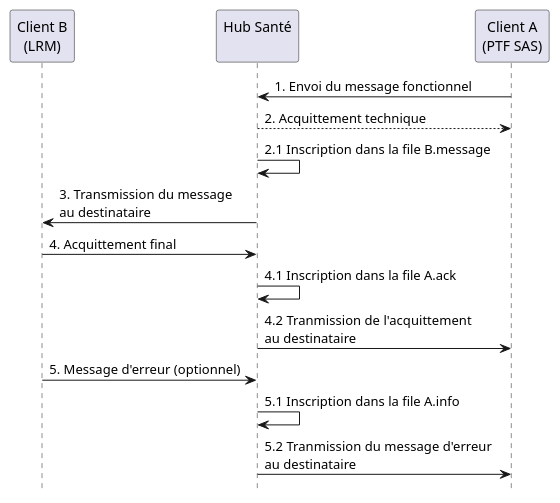
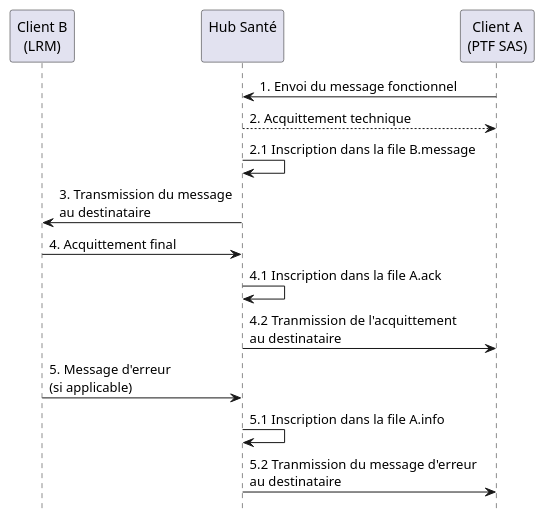
One commit to ansforge/IG-fhir-service-acces-aux-soins changed the diagram in input/images-source/diagramme_sequence_hub_detaille.plantuml. Above: the diagram before and after it, drawn with PlantUML. The commit also changed 3 other files, not shown here.

```diff
--- a/input/images-source/diagramme_sequence_hub_detaille.plantuml
+++ b/input/images-source/diagramme_sequence_hub_detaille.plantuml
@@ -3,20 +3,20 @@
 @startuml
 
 hide footbox
 
 participant "Client B\n(LRM)" as LRM
 participant "Hub Santé\n" as Hub
 participant "Client A\n(PTF SAS)" as PTF
 
 PTF -> Hub : 1. Envoi du message fonctionnel
 Hub --> PTF : 2. Acquittement technique
 Hub -> Hub : 2.1 Inscription dans la file B.message
 Hub -> LRM : 3. Transmission du message \nau destinataire
 LRM -> Hub : 4. Acquittement final
 Hub -> Hub : 4.1 Inscription dans la file A.ack
 Hub -> PTF : 4.2 Tranmission de l'acquittement \nau destinataire
-LRM -> Hub : 5. Message d'erreur (optionnel)
+LRM -> Hub : 5. Message d'erreur \n(si applicable)
 Hub -> Hub : 5.1 Inscription dans la file A.info
 Hub -> PTF : 5.2 Tranmission du message d'erreur \nau destinataire
 
 @enduml
```
